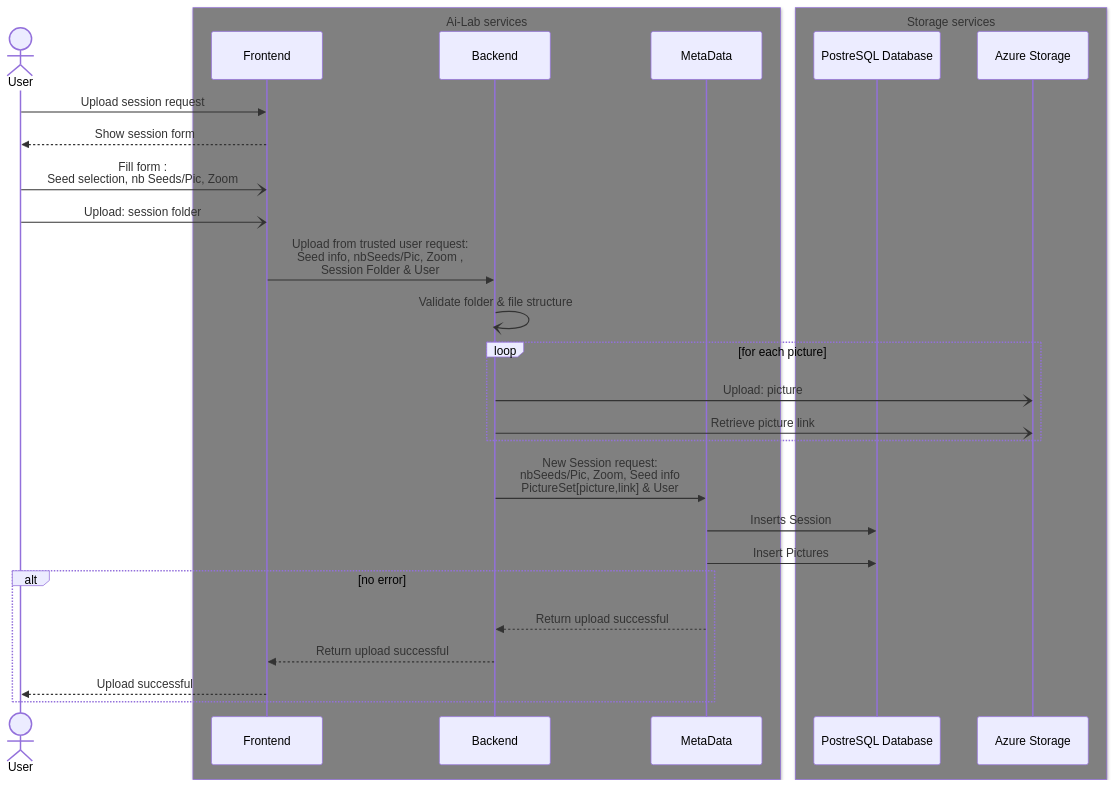
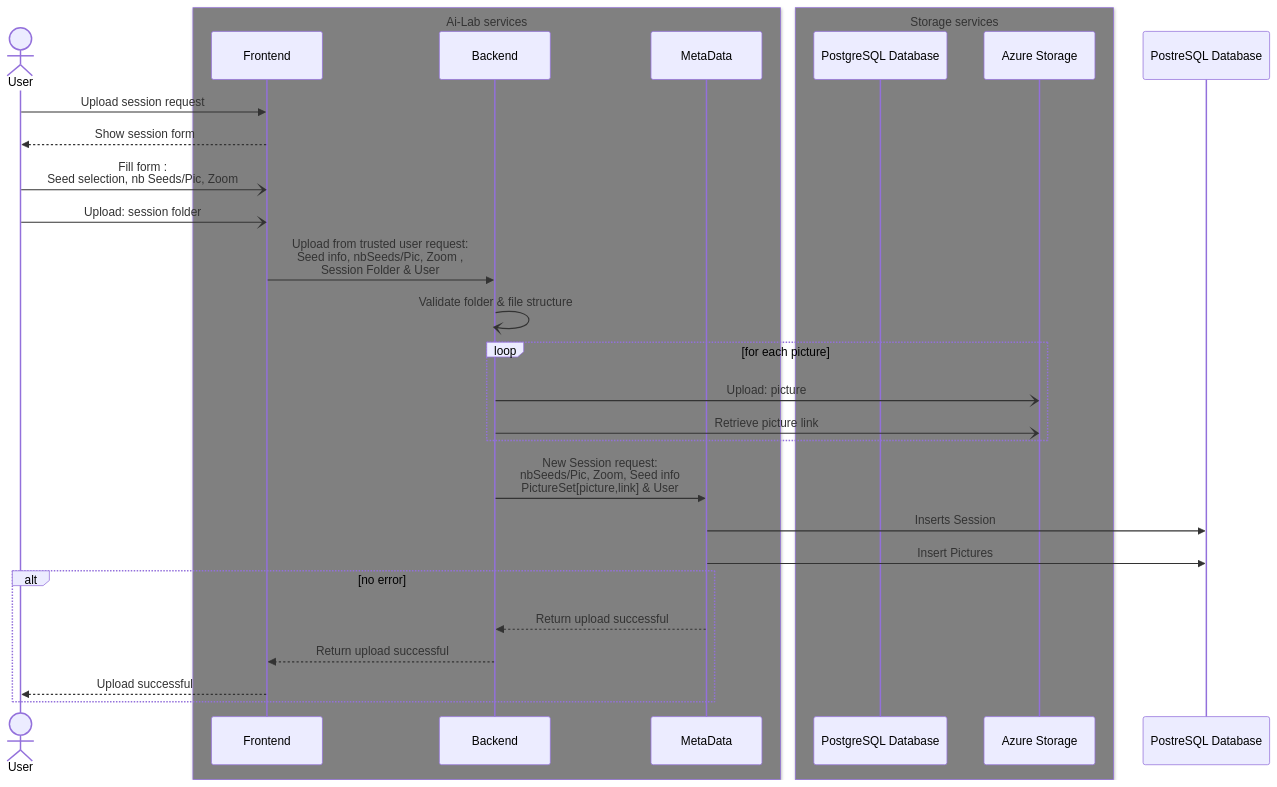
The diagram in doc/trusted-user-upload.md (ai-cfia/ailab-datastore), drawn with Mermaid before and after one commit. The commit also changed 14 other files, not shown here.

Commit message:
Fixes #11: New schema + New DB structure

````diff
--- a/doc/trusted-user-upload.md
+++ b/doc/trusted-user-upload.md
@@ -14,35 +14,35 @@
 ``` mermaid  
 sequenceDiagram;
   actor User
   box grey Ai-Lab services
   participant Frontend
   participant Backend
   participant MetaData
   end
   box grey Storage services
-  participant PostreSQL Database
+  participant PostgreSQL Database
   participant Azure Storage
   end
 
     User ->> Frontend: Upload session request
     Frontend -->> User: Show session form
     User -) Frontend: Fill form :<br> Seed selection, nb Seeds/Pic, Zoom
     User -) Frontend: Upload: session folder
     Frontend ->> Backend: Upload from trusted user request: <br> Seed info, nbSeeds/Pic, Zoom ,<br> Session Folder & User
     Backend -) Backend: Validate folder & file structure
 
     loop for each picture
       Backend -) Azure Storage: Upload: picture
       Backend -) Azure Storage: Retrieve picture link
     end
 
     Backend ->> MetaData: New Session request: <br> nbSeeds/Pic, Zoom, Seed info<br> PictureSet[picture,link] & User
     MetaData ->>PostreSQL Database: Inserts Session
     MetaData ->>PostreSQL Database: Insert Pictures
     alt no error
     MetaData -->> Backend: Return upload successful
     Backend -->> Frontend: Return upload successful
     Frontend -->> User: Upload successful
     end
 
 ``` 
````
